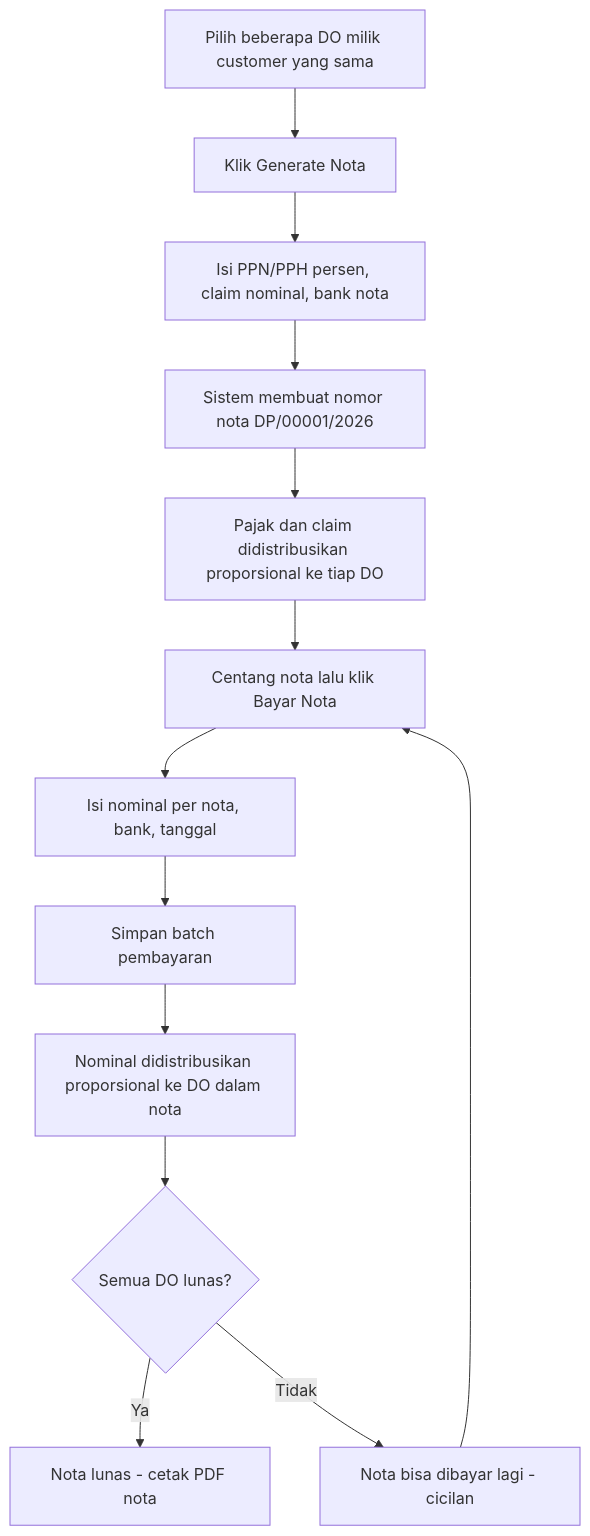
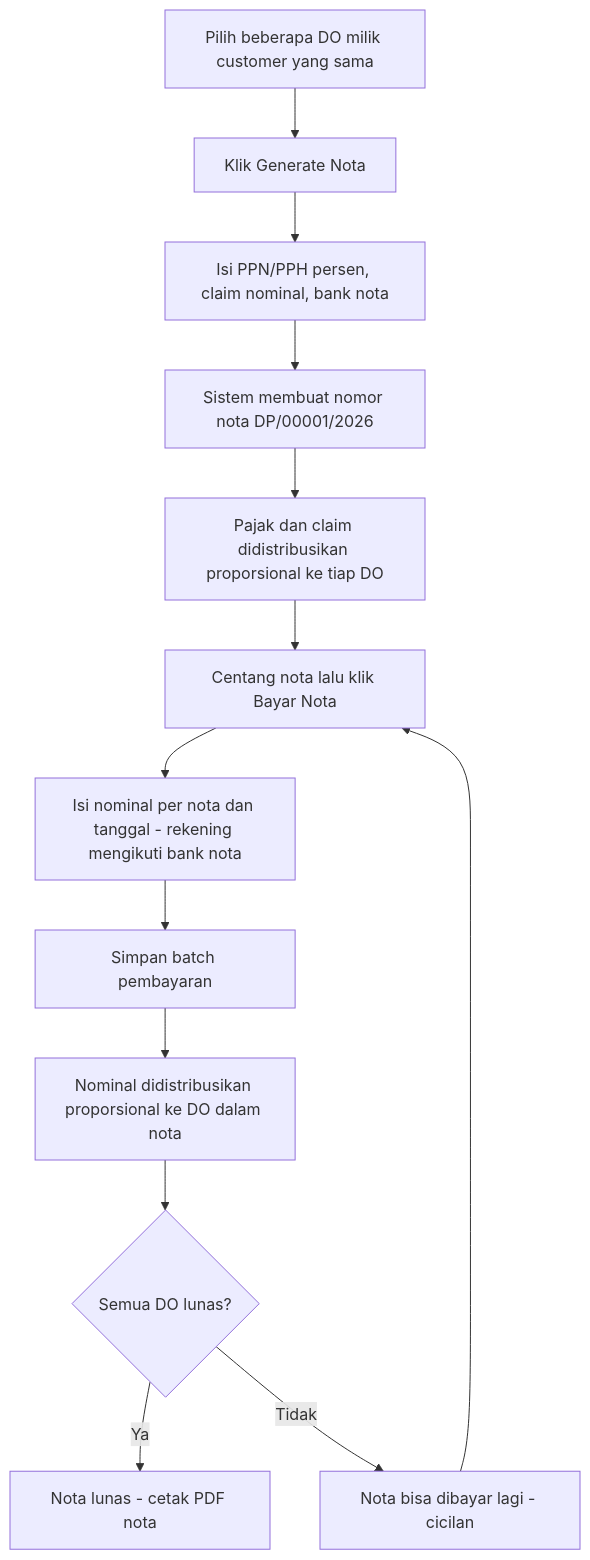
One commit to fachrianalbar/fms-phl changed the second of 6 diagrams in md/pembayaran-langsung.md. Above: the diagram before and after it, drawn with Mermaid. The commit also changed other lines of this file and 4 other files, not shown here.

````diff
--- a/md/pembayaran-langsung.md
+++ b/md/pembayaran-langsung.md
@@ -55,15 +55,15 @@
 ```mermaid
 flowchart TD
     A[Pilih beberapa DO milik customer yang sama] --> B[Klik Generate Nota]
     B --> C[Isi PPN/PPH persen, claim nominal, bank nota]
     C --> D[Sistem membuat nomor nota DP/00001/2026]
     D --> E[Pajak dan claim didistribusikan proporsional ke tiap DO]
     E --> F[Centang nota lalu klik Bayar Nota]
-    F --> G[Isi nominal per nota, bank, tanggal]
+    F --> G[Isi nominal per nota dan tanggal - rekening mengikuti bank nota]
     G --> H[Simpan batch pembayaran]
     H --> I[Nominal didistribusikan proporsional ke DO dalam nota]
     I --> J{Semua DO lunas?}
     J -->|Ya| K[Nota lunas - cetak PDF nota]
     J -->|Tidak| L[Nota bisa dibayar lagi - cicilan]
     L --> F
 ```
````
